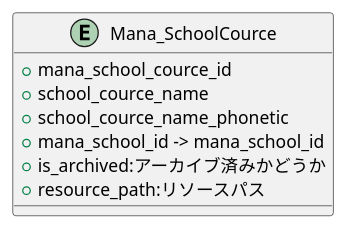
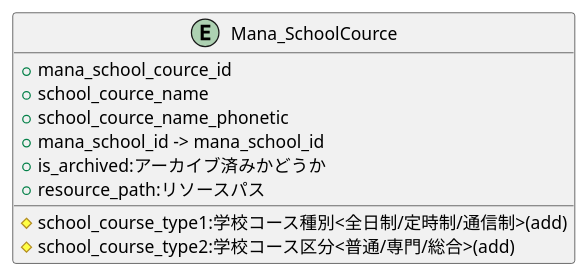
The diagram in Entity/Mana_SchoolCource.pu (popoposorara/ERP_ER), drawn with PlantUML before and after one commit. The commit also changed 19 other files, not shown here.

```diff
--- a/Entity/Mana_SchoolCource.pu
+++ b/Entity/Mana_SchoolCource.pu
@@ -1,12 +1,14 @@
 @startuml
 
 entity "Mana_SchoolCource" {
     + mana_school_cource_id
     + school_cource_name
     + school_cource_name_phonetic
     + mana_school_id -> mana_school_id
     + is_archived:アーカイブ済みかどうか
     + resource_path:リソースパス
+    # school_course_type1:学校コース種別<全日制/定時制/通信制>(add)
+    # school_course_type2:学校コース区分<普通/専門/総合>(add)
 }
 
 @enduml
```
